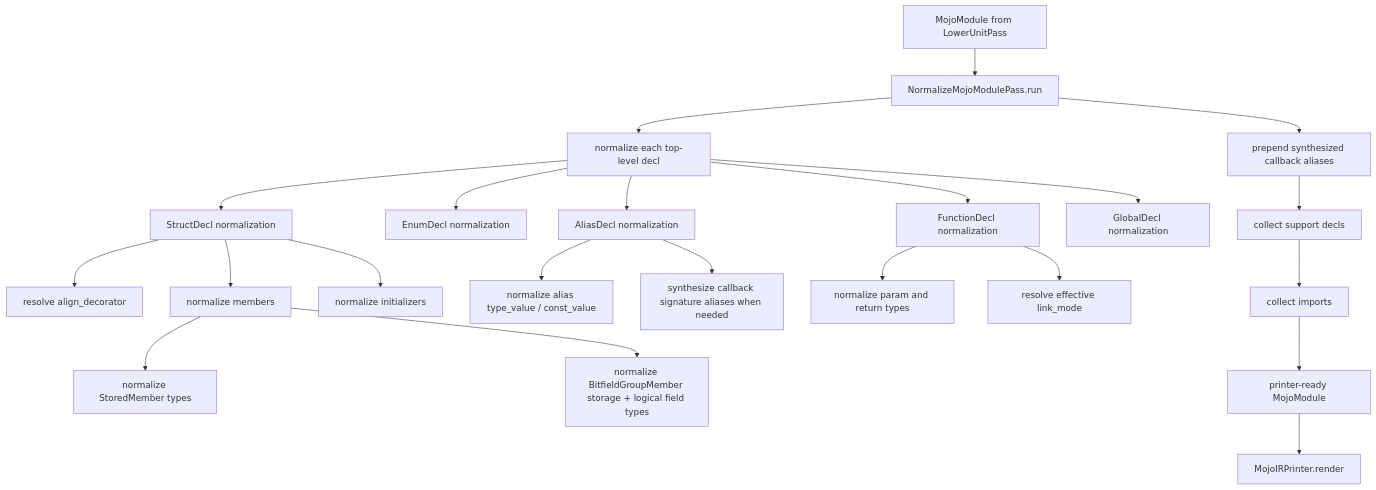
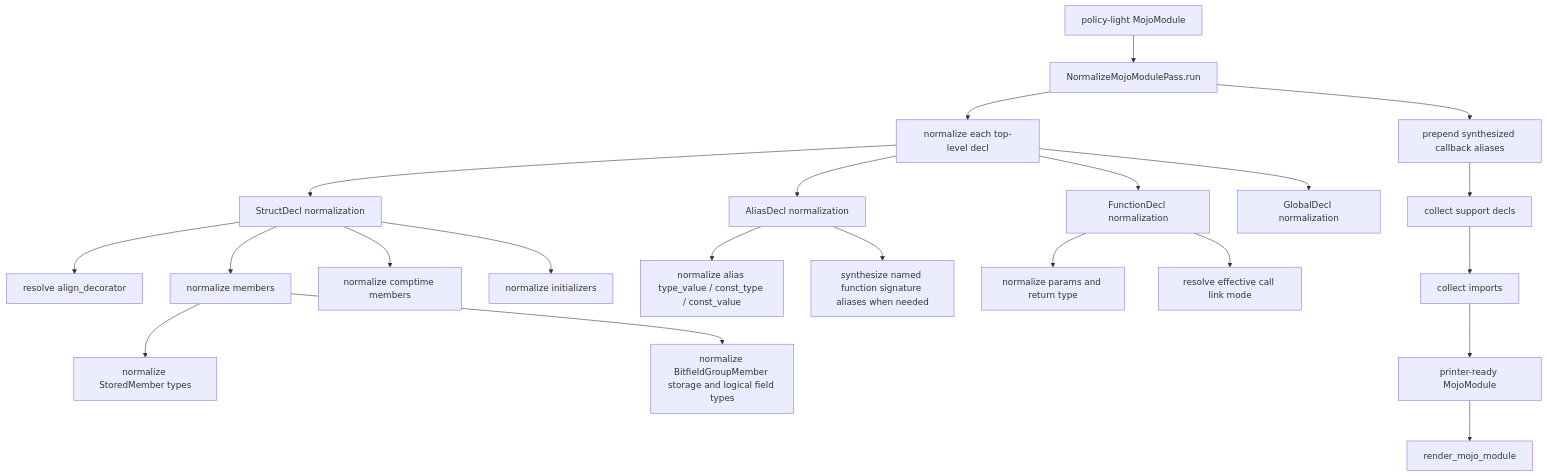
One commit to MoSafi2/mojo_bindgen changed the diagram in docs/mojo_ir_normalization_pipeline.md. Above: the diagram before and after it, drawn with Mermaid. The commit also changed other lines of this file and 5 other files, not shown here.

````diff
--- a/docs/mojo_ir_normalization_pipeline.md
+++ b/docs/mojo_ir_normalization_pipeline.md
@@ -9,30 +8,30 @@
 ```mermaid
 flowchart TD
-    A[MojoModule from LowerUnitPass] --> B[NormalizeMojoModulePass.run]
+    A[policy-light MojoModule] --> B[NormalizeMojoModulePass.run]
 
     B --> C[normalize each top-level decl]
     C --> D[StructDecl normalization]
-    C --> E[EnumDecl normalization]
-    C --> F[AliasDecl normalization]
-    C --> G[FunctionDecl normalization]
-    C --> H[GlobalDecl normalization]
+    C --> E[AliasDecl normalization]
+    C --> F[FunctionDecl normalization]
+    C --> G[GlobalDecl normalization]
 
-    D --> I[resolve align_decorator]
-    D --> J[normalize members]
+    D --> H[resolve align_decorator]
+    D --> I[normalize members]
+    D --> J[normalize comptime members]
     D --> K[normalize initializers]
 
-    J --> L[normalize StoredMember types]
-    J --> M[normalize BitfieldGroupMember storage + logical field types]
+    I --> L[normalize StoredMember types]
+    I --> M[normalize BitfieldGroupMember storage and logical field types]
 
-    F --> N[normalize alias type_value / const_value]
-    F --> O[synthesize callback signature aliases when needed]
+    E --> N[normalize alias type_value / const_type / const_value]
+    E --> O[synthesize named function signature aliases when needed]
 
-    G --> P[normalize param and return types]
-    G --> Q[resolve effective link_mode]
+    F --> P[normalize params and return type]
+    F --> Q[resolve effective call link mode]
 
     B --> R[prepend synthesized callback aliases]
     R --> S[collect support decls]
     S --> T[collect imports]
     T --> U[printer-ready MojoModule]
-    U --> V[MojoIRPrinter.render]
+    U --> V[render_mojo_module]
 ```
````
